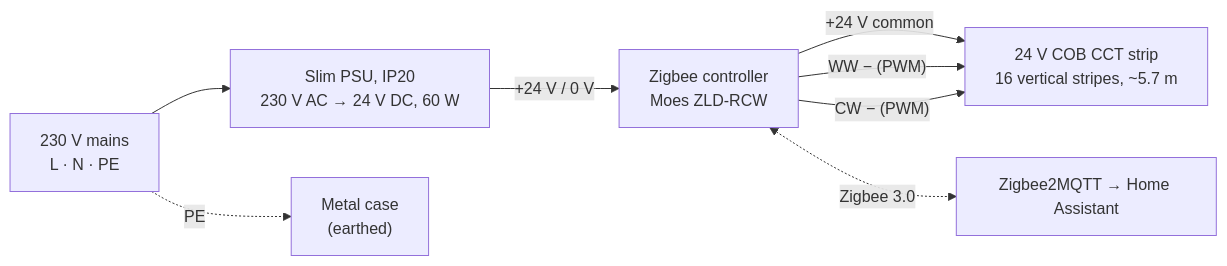
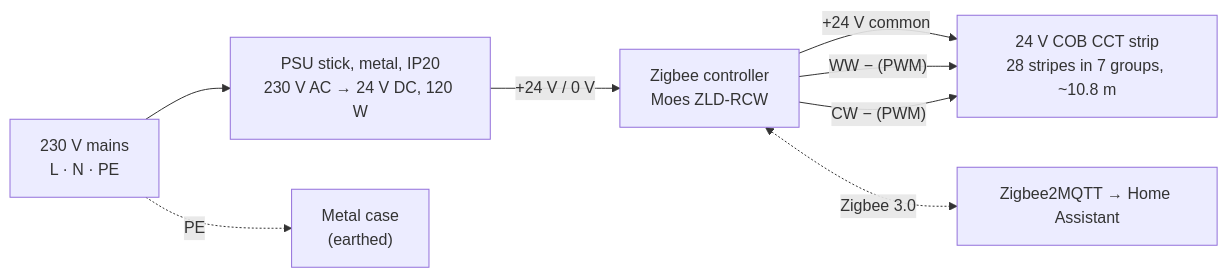
Before and after one commit to AlexandrLisitsa/HomeSweetHome: the diagram in LedLamp/README.md, drawn with Mermaid. The commit also changed other lines of this file and 8 other files, not shown here.

````diff
--- a/LedLamp/README.md
+++ b/LedLamp/README.md
@@ -74,10 +81,10 @@
 ```mermaid
 flowchart LR
-    M["230 V mains<br/>L · N · PE"] --> PSU["Slim PSU, IP20<br/>230 V AC → 24 V DC, 60 W"]
+    M["230 V mains<br/>L · N · PE"] --> PSU["PSU stick, metal, IP20<br/>230 V AC → 24 V DC, 120 W"]
     M -. PE .-> CASE["Metal case<br/>(earthed)"]
     PSU -- "+24 V / 0 V" --> ZB["Zigbee controller<br/>Moes ZLD-RCW"]
-    ZB -- "+24 V common" --> LED["24 V COB CCT strip<br/>16 vertical stripes, ~5.7 m"]
+    ZB -- "+24 V common" --> LED["24 V COB CCT strip<br/>28 stripes in 7 groups, ~10.8 m"]
     ZB -- "WW − (PWM)" --> LED
     ZB -- "CW − (PWM)" --> LED
     ZB <-. "Zigbee 3.0" .-> Z2M["Zigbee2MQTT → Home Assistant"]
 ```
````
